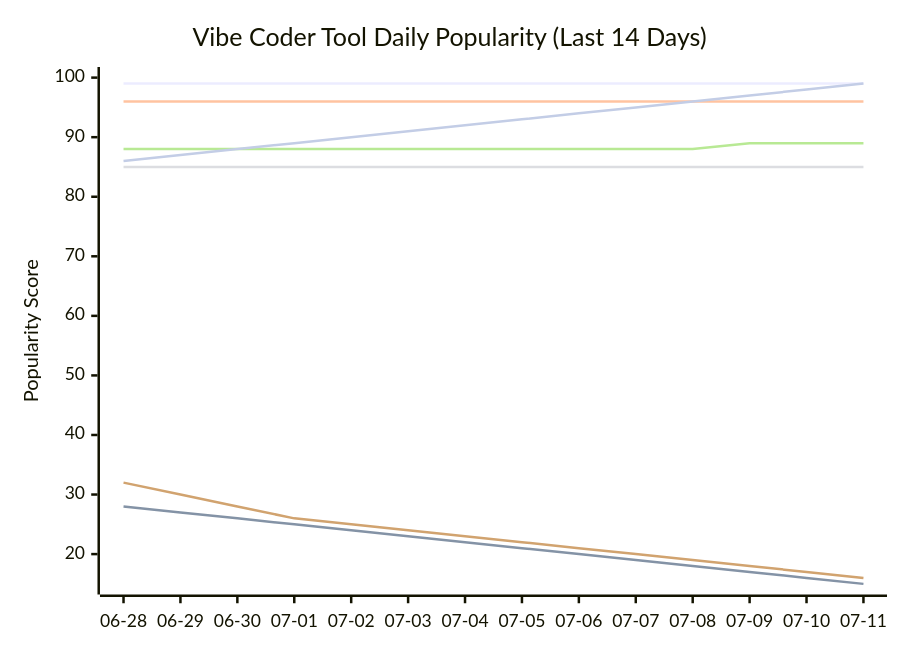
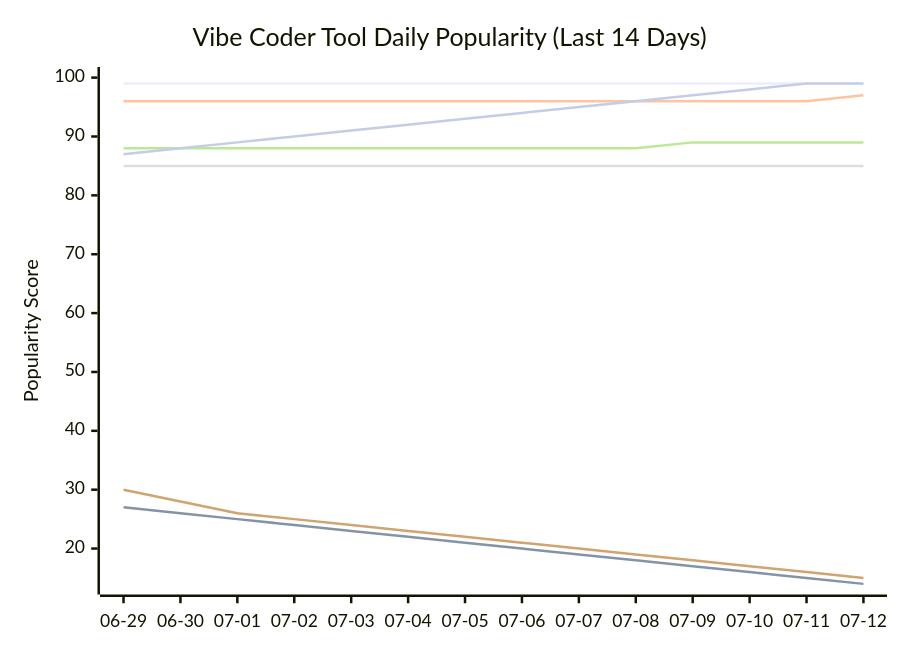
Before and after one commit to tykimos/ai-whatchelin: the seventh of 11 diagrams in README.md, drawn with Mermaid. The commit also changed other lines of this file and 4 other files, not shown here.

````diff
--- a/README.md
+++ b/README.md
@@ -1958,13 +1968,13 @@
 ```mermaid
 xychart-beta
     title "Vibe Coder Tool Daily Popularity (Last 14 Days)"
-    x-axis ["06-28", "06-29", "06-30", "07-01", "07-02", "07-03", "07-04", "07-05", "07-06", "07-07", "07-08", "07-09", "07-10", "07-11"]
-    y-axis "Popularity Score" 15 --> 100
+    x-axis ["06-29", "06-30", "07-01", "07-02", "07-03", "07-04", "07-05", "07-06", "07-07", "07-08", "07-09", "07-10", "07-11", "07-12"]
+    y-axis "Popularity Score" 14 --> 100
     line "Claude Code" [99, 99, 99, 99, 99, 99, 99, 99, 99, 99, 99, 99, 99, 99]
-    line "GH Copilot" [28, 27, 26, 25, 24, 23, 22, 21, 20, 19, 18, 17, 16, 15]
-    line "Cursor" [96, 96, 96, 96, 96, 96, 96, 96, 96, 96, 96, 96, 96, 96]
+    line "GH Copilot" [27, 26, 25, 24, 23, 22, 21, 20, 19, 18, 17, 16, 15, 14]
+    line "Cursor" [96, 96, 96, 96, 96, 96, 96, 96, 96, 96, 96, 96, 96, 97]
     line "Windsurf" [85, 85, 85, 85, 85, 85, 85, 85, 85, 85, 85, 85, 85, 85]
-    line "Codex CLI" [88, 88, 88, 88, 88, 88, 88, 88, 88, 88, 88, 89, 89, 89]
-    line "Gemini CLI" [32, 30, 28, 26, 25, 24, 23, 22, 21, 20, 19, 18, 17, 16]
-    line "Antigravity" [86, 87, 88, 89, 90, 91, 92, 93, 94, 95, 96, 97, 98, 99]
+    line "Codex CLI" [88, 88, 88, 88, 88, 88, 88, 88, 88, 88, 89, 89, 89, 89]
+    line "Gemini CLI" [30, 28, 26, 25, 24, 23, 22, 21, 20, 19, 18, 17, 16, 15]
+    line "Antigravity" [87, 88, 89, 90, 91, 92, 93, 94, 95, 96, 97, 98, 99, 99]
 ```
````
